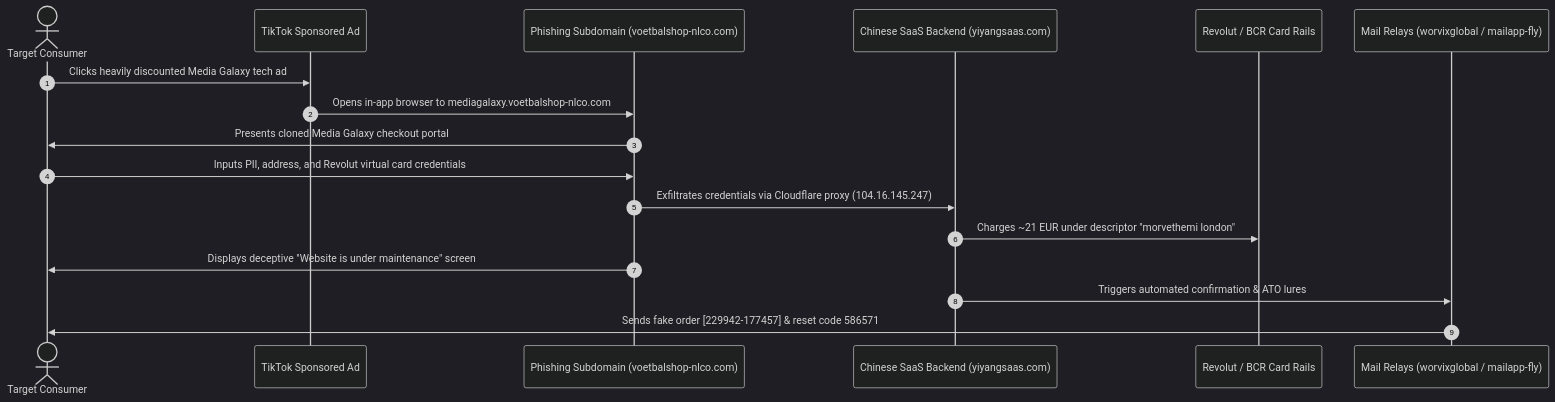
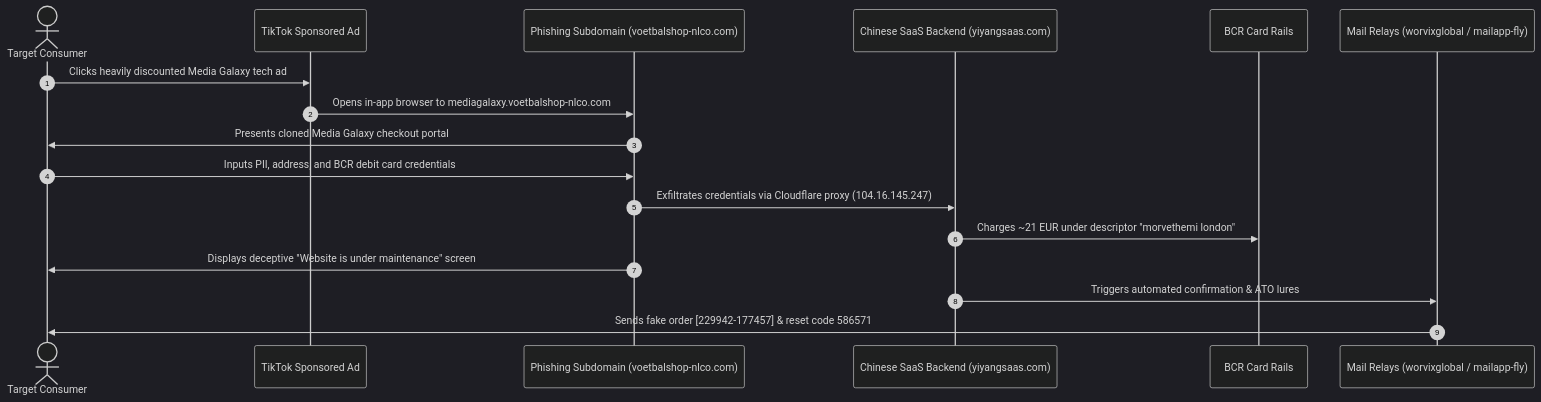
The first of 2 diagrams in cyber/mediagalaxy-ecommerce-fraud-forensics/README.md (stefanutc1/infrastructure), drawn with Mermaid (dark theme) before and after one commit. The commit also changed other lines of this file and 10 other files, not shown here.

Commit message:
fix(cyber): remove Revolut references and correct payment rail to direct BCR debit card

````diff
--- a/cyber/mediagalaxy-ecommerce-fraud-forensics/README.md
+++ b/cyber/mediagalaxy-ecommerce-fraud-forensics/README.md
@@ -51,20 +51,20 @@
 ```mermaid
 sequenceDiagram
     autonumber
     actor Victim as Target Consumer
     participant TikTok as TikTok Sponsored Ad
     participant Web as Phishing Subdomain (voetbalshop-nlco.com)
     participant C2 as Chinese SaaS Backend (yiyangsaas.com)
-    participant Bank as Revolut / BCR Card Rails
+    participant Bank as BCR Card Rails
     participant Mail as Mail Relays (worvixglobal / mailapp-fly)
 
     Victim->>TikTok: Clicks heavily discounted Media Galaxy tech ad
     TikTok->>Web: Opens in-app browser to mediagalaxy.voetbalshop-nlco.com
     Web->>Victim: Presents cloned Media Galaxy checkout portal
-    Victim->>Web: Inputs PII, address, and Revolut virtual card credentials
+    Victim->>Web: Inputs PII, address, and BCR debit card credentials
     Web->>C2: Exfiltrates credentials via Cloudflare proxy (104.16.145.247)
     C2->>Bank: Charges ~21 EUR under descriptor "morvethemi london"
     Web->>Victim: Displays deceptive "Website is under maintenance" screen
     C2->>Mail: Triggers automated confirmation & ATO lures
     Mail->>Victim: Sends fake order [229942-177457] & reset code 586571
 ```
````
